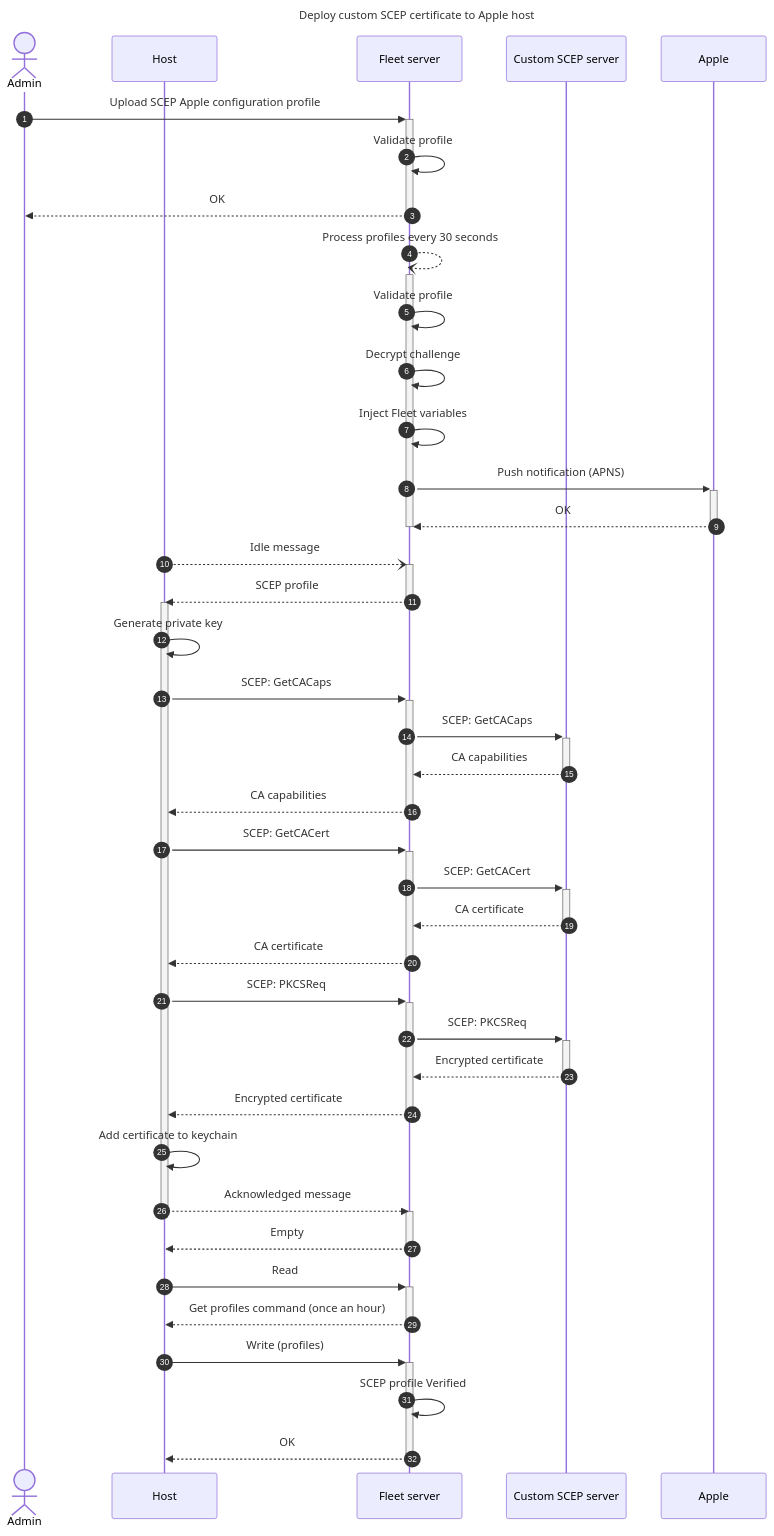
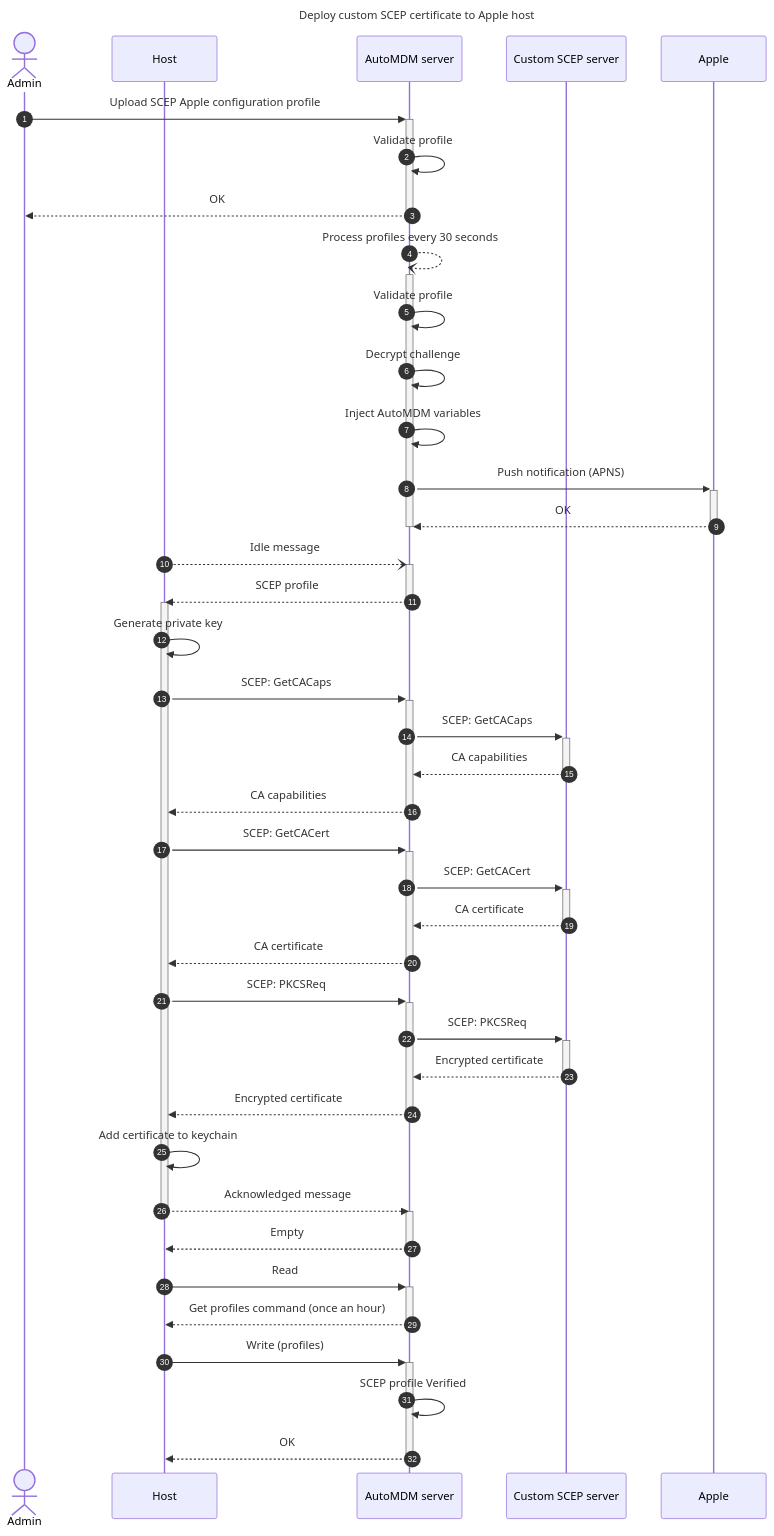
One commit to anilyagiz/AutoMDM changed the second of 2 diagrams in docs/Contributing/authentication/custom-scep-integration.md. Above: the diagram before and after it, drawn with Mermaid. The commit also changed other lines of this file and 7979 other files, not shown here.

First line of the commit message:
Rebrand Fleet as AutoMDM (mechanical pass)

````diff
--- a/docs/Contributing/authentication/custom-scep-integration.md
+++ b/docs/Contributing/authentication/custom-scep-integration.md
@@ -62,51 +62,51 @@
 ```mermaid
 ---
 title: Deploy custom SCEP certificate to Apple host
 ---
 sequenceDiagram
     autonumber
     actor admin as Admin
     participant host as Host
-    participant fleet as Fleet server
+    participant automdm as AutoMDM server
     participant scep as Custom SCEP server
     participant apple as Apple
-    admin->>+fleet: Upload SCEP Apple configuration profile
-    fleet->>fleet: Validate profile
-    fleet-->>-admin: OK
+    admin->>+automdm: Upload SCEP Apple configuration profile
+    automdm->>automdm: Validate profile
+    automdm-->>-admin: OK
 
-    fleet--)+fleet: Process profiles every 30 seconds
-    fleet->>fleet: Validate profile
-    fleet->>fleet: Decrypt challenge
-    fleet->>fleet: Inject Fleet variables
-    fleet->>+apple: Push notification (APNS)
-    apple-->>-fleet: OK
-    deactivate fleet
+    automdm--)+automdm: Process profiles every 30 seconds
+    automdm->>automdm: Validate profile
+    automdm->>automdm: Decrypt challenge
+    automdm->>automdm: Inject AutoMDM variables
+    automdm->>+apple: Push notification (APNS)
+    apple-->>-automdm: OK
+    deactivate automdm
 
-    host--)+fleet: Idle message
-    fleet-->>-host: SCEP profile
+    host--)+automdm: Idle message
+    automdm-->>-host: SCEP profile
     activate host
     host->>host: Generate private key
-    host->>+fleet: SCEP: GetCACaps
-    fleet->>+scep: SCEP: GetCACaps
-    scep-->>-fleet: CA capabilities
-    fleet-->>-host: CA capabilities
-    host->>+fleet: SCEP: GetCACert
-    fleet->>+scep: SCEP: GetCACert
-    scep-->>-fleet: CA certificate
-    fleet-->>-host: CA certificate
-    host->>+fleet: SCEP: PKCSReq
-    fleet->>+scep: SCEP: PKCSReq
-    scep-->>-fleet: Encrypted certificate
-    fleet-->>-host: Encrypted certificate
+    host->>+automdm: SCEP: GetCACaps
+    automdm->>+scep: SCEP: GetCACaps
+    scep-->>-automdm: CA capabilities
+    automdm-->>-host: CA capabilities
+    host->>+automdm: SCEP: GetCACert
+    automdm->>+scep: SCEP: GetCACert
+    scep-->>-automdm: CA certificate
+    automdm-->>-host: CA certificate
+    host->>+automdm: SCEP: PKCSReq
+    automdm->>+scep: SCEP: PKCSReq
+    scep-->>-automdm: Encrypted certificate
+    automdm-->>-host: Encrypted certificate
     host->>host: Add certificate to keychain
-    host-->>-fleet: Acknowledged message
-    activate fleet
-    fleet-->>-host: Empty
+    host-->>-automdm: Acknowledged message
+    activate automdm
+    automdm-->>-host: Empty
 
-    host->>+fleet: Read
-    fleet-->>-host: Get profiles command (once an hour)
+    host->>+automdm: Read
+    automdm-->>-host: Get profiles command (once an hour)
     
-    host->>+fleet: Write (profiles)
-    fleet->>fleet: SCEP profile Verified
-    fleet-->>-host: OK
+    host->>+automdm: Write (profiles)
+    automdm->>automdm: SCEP profile Verified
+    automdm-->>-host: OK
 ```
````
